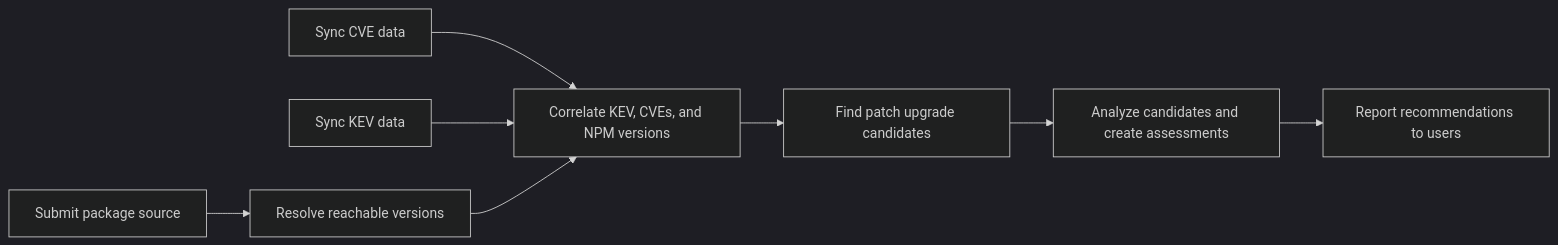
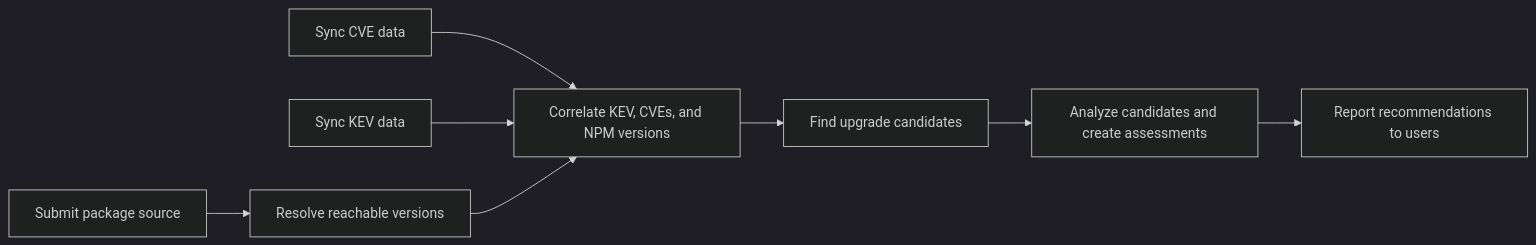
Before and after one commit to mitre/hipcheck: the diagram in night-vision/docs/project/mvp-roadmap.md, drawn with Mermaid (dark theme). The commit also changed other lines of this file and 14 other files, not shown here.

First line of the commit message:
feat(assessment): support all newer upgrade candidates

````diff
--- a/night-vision/docs/project/mvp-roadmap.md
+++ b/night-vision/docs/project/mvp-roadmap.md
@@ -18,19 +18,19 @@
 ```mermaid
 flowchart LR
     submit[Submit package source]
     resolve[Resolve reachable versions]
     cve[Sync CVE data]
     kev[Sync KEV data]
     correlate[Correlate KEV, CVEs, and NPM versions]
-    candidates[Find patch upgrade candidates]
+    candidates[Find upgrade candidates]
     analyze[Analyze candidates and create assessments]
     report[Report recommendations to users]
 
     submit --> resolve
     cve --> correlate
     kev --> correlate
     resolve --> correlate
     correlate --> candidates
     candidates --> analyze
     analyze --> report
 ```
````
